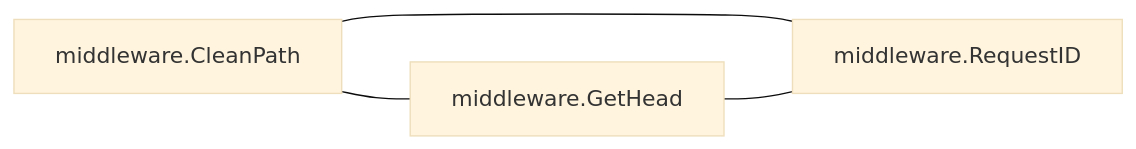
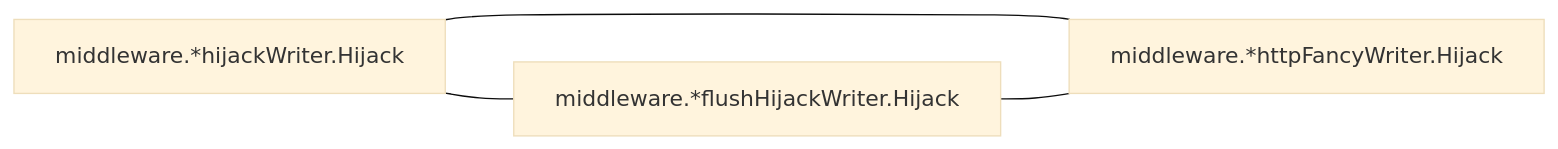
One commit to LukasSelin/doppel changed the fourth of 4 diagrams in examples/chi.md. Above: the diagram before and after it, drawn with Mermaid (base theme). The commit also changed other lines of this file and 36 other files, not shown here.

````diff
--- a/examples/chi.md
+++ b/examples/chi.md
@@ -513,9 +504,9 @@
 ```mermaid
 flowchart LR
-    m0["middleware.CleanPath"]
-    m1["middleware.GetHead"]
-    m2["middleware.RequestID"]
+    m0["middleware.*hijackWriter.Hijack"]
+    m1["middleware.*flushHijackWriter.Hijack"]
+    m2["middleware.*httpFancyWriter.Hijack"]
     m0 --- m1
     m0 --- m2
     m1 --- m2
 ```
````
